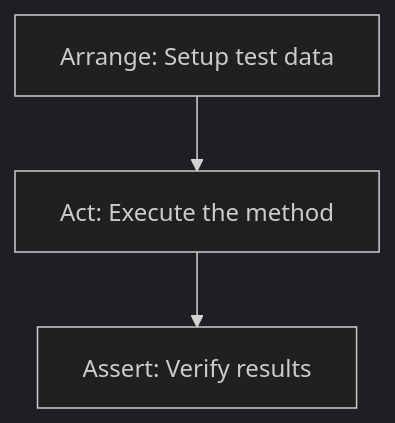
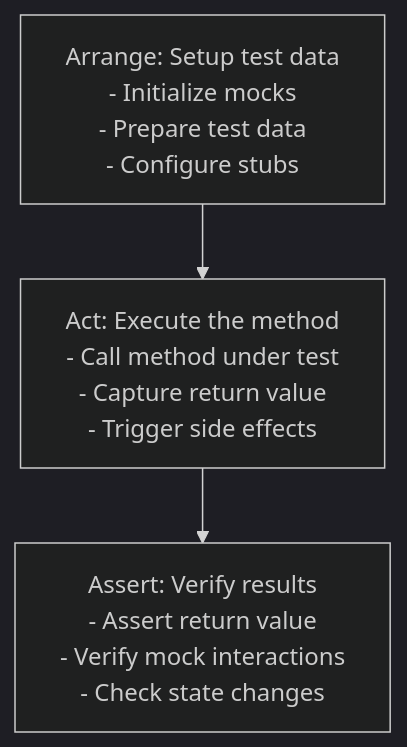
Before and after one commit to charlesmu99/speccrew: the second of 2 diagrams in .speccrew/skills/speccrew-knowledge-techs-generate/templates/CONVENTIONS-TEST-TEMPLATE.md, drawn with Mermaid (dark theme). The commit also changed other lines of this file and 49 other files, not shown here.

````diff
--- a/.speccrew/skills/speccrew-knowledge-techs-generate/templates/CONVENTIONS-TEST-TEMPLATE.md
+++ b/.speccrew/skills/speccrew-knowledge-techs-generate/templates/CONVENTIONS-TEST-TEMPLATE.md
@@ -127,7 +173,6 @@
 ```mermaid
 flowchart TD
-Arrange["Arrange: Setup test data"]
-Act["Act: Execute the method"]
-Assert["Assert: Verify results"]
-Arrange --> Act --> Assert
+    Arrange["Arrange: Setup test data<br/>- Initialize mocks<br/>- Prepare test data<br/>- Configure stubs"] --> 
+    Act["Act: Execute the method<br/>- Call method under test<br/>- Capture return value<br/>- Trigger side effects"] --> 
+    Assert["Assert: Verify results<br/>- Assert return value<br/>- Verify mock interactions<br/>- Check state changes"]
 ```
````
